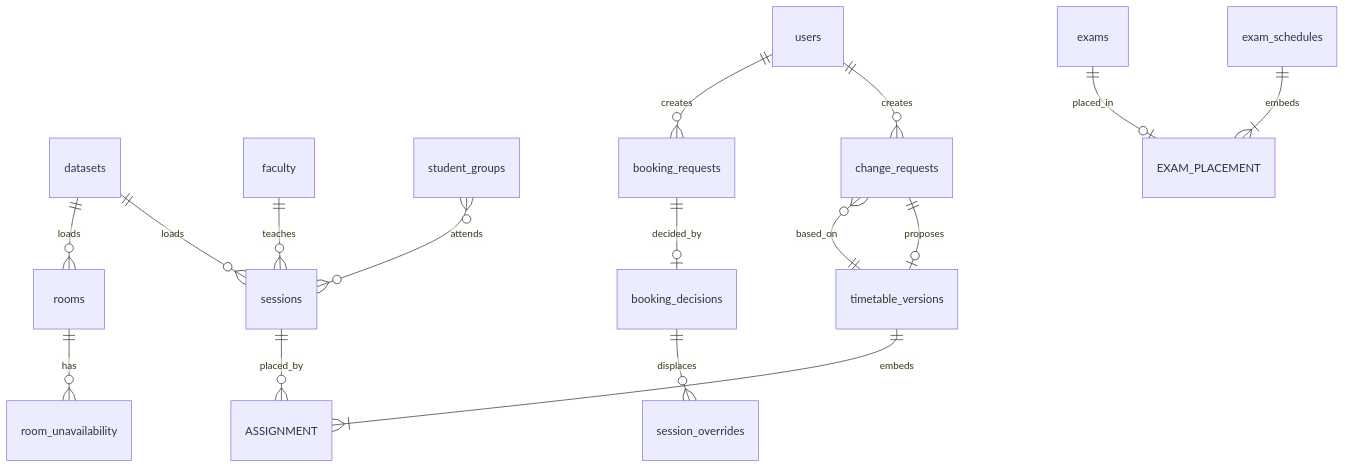
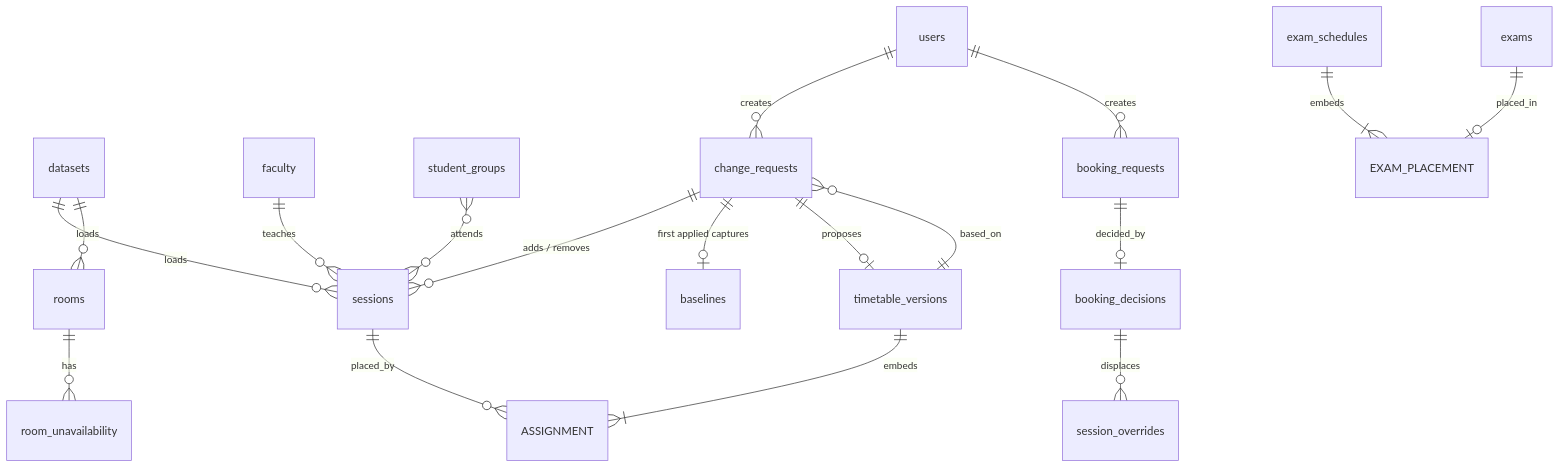
Before and after one commit to yashpandeycodes/IITB-Hackathon: the third of 9 diagrams in docs/architecture.md, drawn with Mermaid. The commit also changed other lines of this file and 10 other files, not shown here.

````diff
--- a/docs/architecture.md
+++ b/docs/architecture.md
@@ -395,18 +400,20 @@
 ```mermaid
 erDiagram
   datasets ||--o{ rooms : loads
   datasets ||--o{ sessions : loads
   faculty ||--o{ sessions : teaches
   student_groups }o--o{ sessions : attends
   rooms ||--o{ room_unavailability : has
   timetable_versions ||--|{ ASSIGNMENT : embeds
   sessions ||--o{ ASSIGNMENT : placed_by
   booking_requests ||--o| booking_decisions : decided_by
   booking_decisions ||--o{ session_overrides : displaces
   change_requests }o--|| timetable_versions : based_on
   change_requests ||--o| timetable_versions : proposes
+  change_requests ||--o| baselines : "first applied captures"
+  change_requests ||--o{ sessions : "adds / removes"
   exams ||--o| EXAM_PLACEMENT : placed_in
   exam_schedules ||--|{ EXAM_PLACEMENT : embeds
   users ||--o{ booking_requests : creates
   users ||--o{ change_requests : creates
 ```
````
